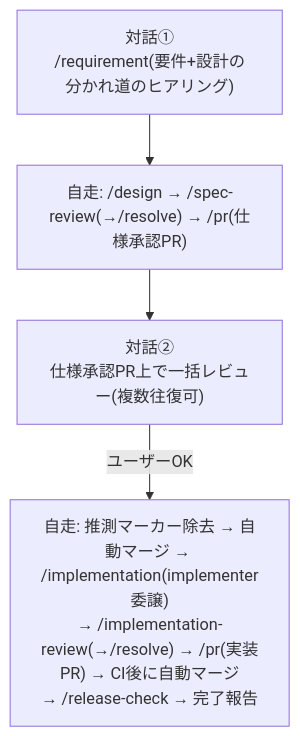
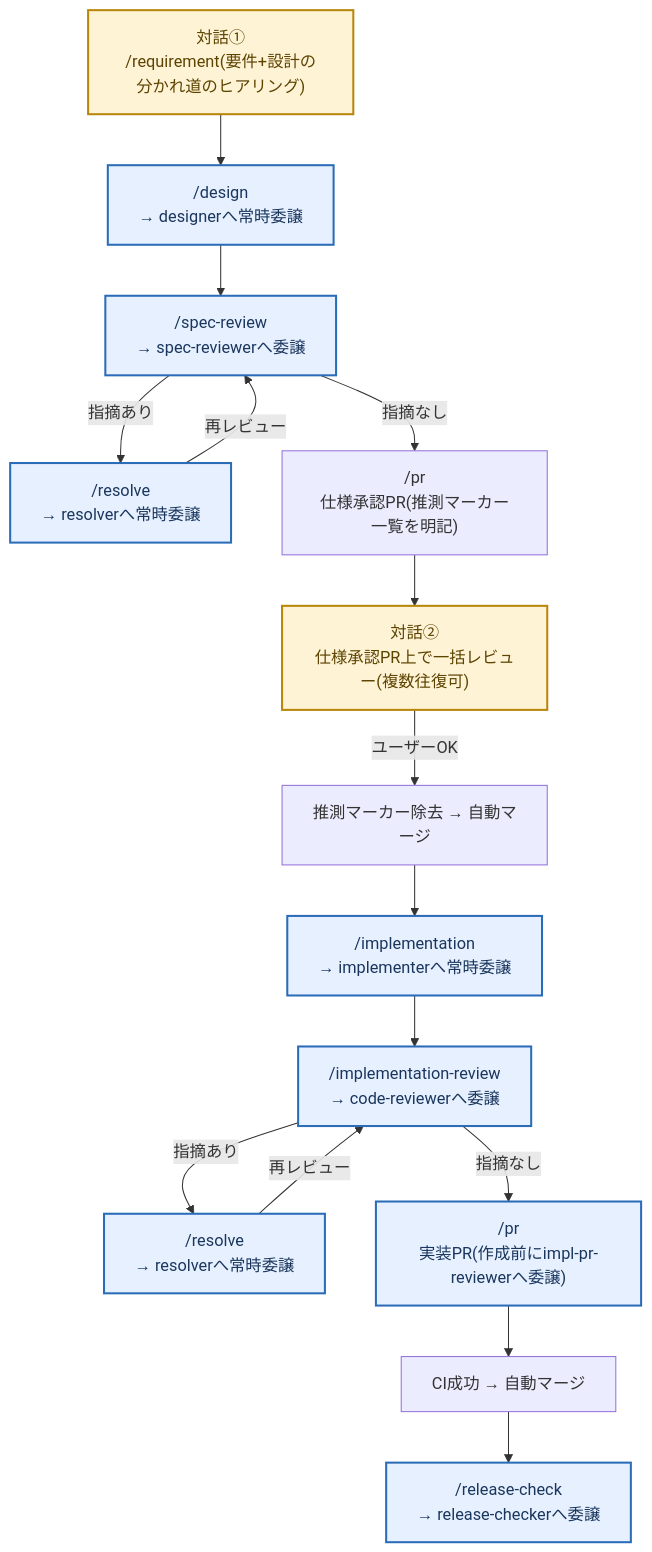
One commit to zakiyama0108/benriyatool changed the first of 3 diagrams in .claude/skills/README.md. Above: the diagram before and after it, drawn with Mermaid. The commit also changed other lines of this file and 1 other file, not shown here.

First line of the commit message:
docs(skills): ADR 0002とREADMEで重複していた遷移図を統合 (#113)

````diff
--- a/.claude/skills/README.md
+++ b/.claude/skills/README.md
@@ -51,9 +53,31 @@
 ```mermaid
 flowchart TD
-    hearing["対話①<br>/requirement(要件+設計の分かれ道のヒアリング)"]
-    auto1["自走: /design → /spec-review(→/resolve) → /pr(仕様承認PR)"]
-    prreview["対話②<br>仕様承認PR上で一括レビュー(複数往復可)"]
-    auto2["自走: 推測マーカー除去 → 自動マージ → /implementation(implementer委譲)<br>→ /implementation-review(→/resolve) → /pr(実装PR) → CI後に自動マージ<br>→ /release-check → 完了報告"]
+    dialog1["対話①<br>/requirement(要件+設計の分かれ道のヒアリング)"]
+    design_a["/design<br>→ designerへ常時委譲"]
+    specreview_a["/spec-review<br>→ spec-reviewerへ委譲"]
+    resolve_a1["/resolve<br>→ resolverへ常時委譲"]
+    prspec_a["/pr<br>仕様承認PR(推測マーカー一覧を明記)"]
+    dialog2["対話②<br>仕様承認PR上で一括レビュー(複数往復可)"]
+    automerge1["推測マーカー除去 → 自動マージ"]
+    implementation_a["/implementation<br>→ implementerへ常時委譲"]
+    implreview_a["/implementation-review<br>→ code-reviewerへ委譲"]
+    resolve_a2["/resolve<br>→ resolverへ常時委譲"]
+    primpl_a["/pr<br>実装PR(作成前にimpl-pr-reviewerへ委譲)"]
+    automerge2["CI成功 → 自動マージ"]
+    release_a["/release-check<br>→ release-checkerへ委譲"]
 
-    hearing --> auto1 --> prreview -->|ユーザーOK| auto2
+    dialog1 --> design_a --> specreview_a
+    specreview_a -->|指摘あり| resolve_a1
+    resolve_a1 -->|再レビュー| specreview_a
+    specreview_a -->|指摘なし| prspec_a --> dialog2
+    dialog2 -->|ユーザーOK| automerge1 --> implementation_a
+    implementation_a --> implreview_a
+    implreview_a -->|指摘あり| resolve_a2
+    resolve_a2 -->|再レビュー| implreview_a
+    implreview_a -->|指摘なし| primpl_a --> automerge2 --> release_a
+
+    classDef dialogue fill:#fff3d6,stroke:#b8860b,stroke-width:2px,color:#5c4300;
+    classDef agent fill:#e6f0ff,stroke:#2b6cb8,stroke-width:2px,color:#1a365d;
+    class dialog1,dialog2 dialogue;
+    class design_a,specreview_a,resolve_a1,implementation_a,implreview_a,resolve_a2,primpl_a,release_a agent;
 ```
````
